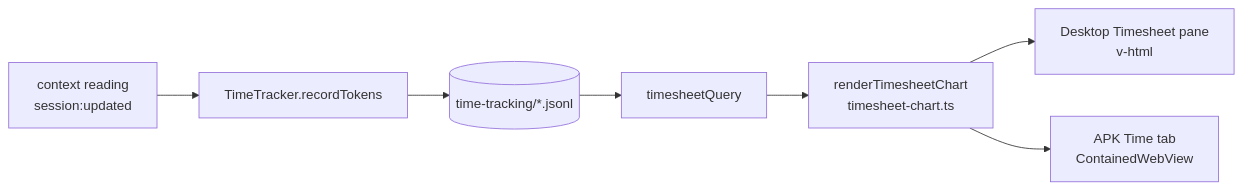
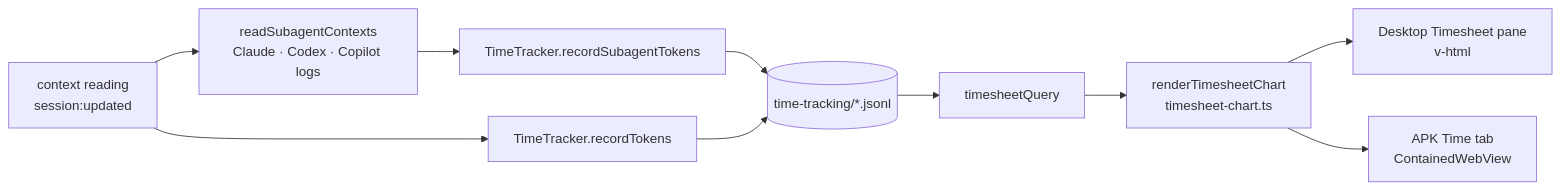
The second of 2 diagrams in docs/time-tracking.md (PetePeter/helm), drawn with Mermaid before and after one commit. The commit also changed other lines of this file and 7 other files, not shown here.

````diff
--- a/docs/time-tracking.md
+++ b/docs/time-tracking.md
@@ -48,9 +49,11 @@
 ```mermaid
 graph LR
   CU[context reading<br/>session:updated] --> TT[TimeTracker.recordTokens]
+  CU --> SA[readSubagentContexts<br/>Claude · Codex · Copilot logs] --> TS[TimeTracker.recordSubagentTokens]
+  TS --> J
   TT --> J[(time-tracking/*.jsonl)]
   J --> Q[timesheetQuery]
   Q --> C[renderTimesheetChart<br/>timesheet-chart.ts]
   C --> D[Desktop Timesheet pane<br/>v-html]
   C --> A[APK Time tab<br/>ContainedWebView]
 ```
````
